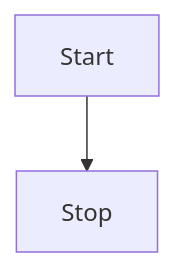
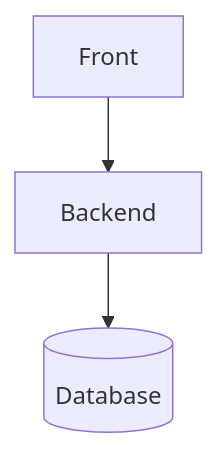
The diagram in README.md (1Bira/Indium), drawn with Mermaid before and after one commit.

````diff
--- a/README.md
+++ b/README.md
@@ -9,4 +9,4 @@
 ```mermaid
 flowchart TD
-    Start --> Stop
+    Front --> Backend --> id1[(Database)]
 ```
````
